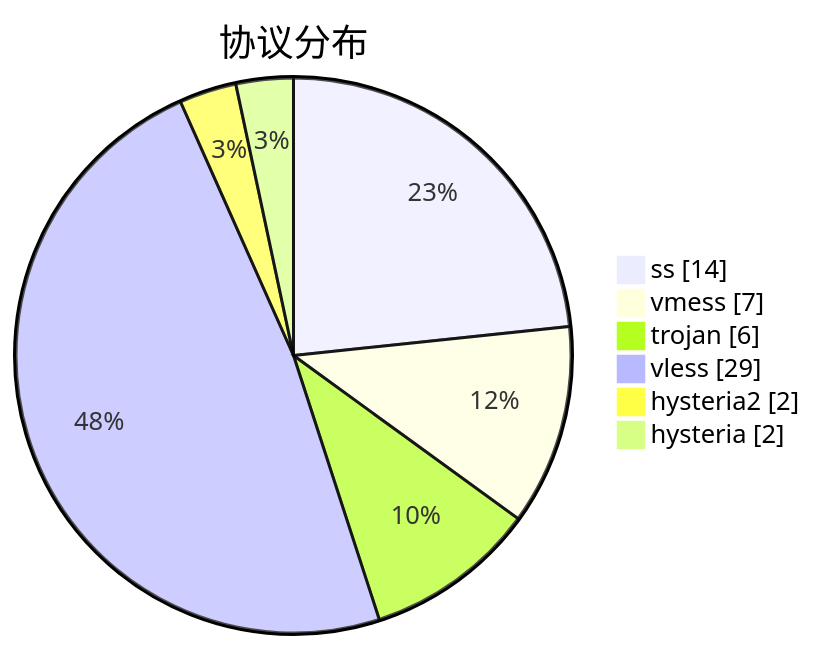
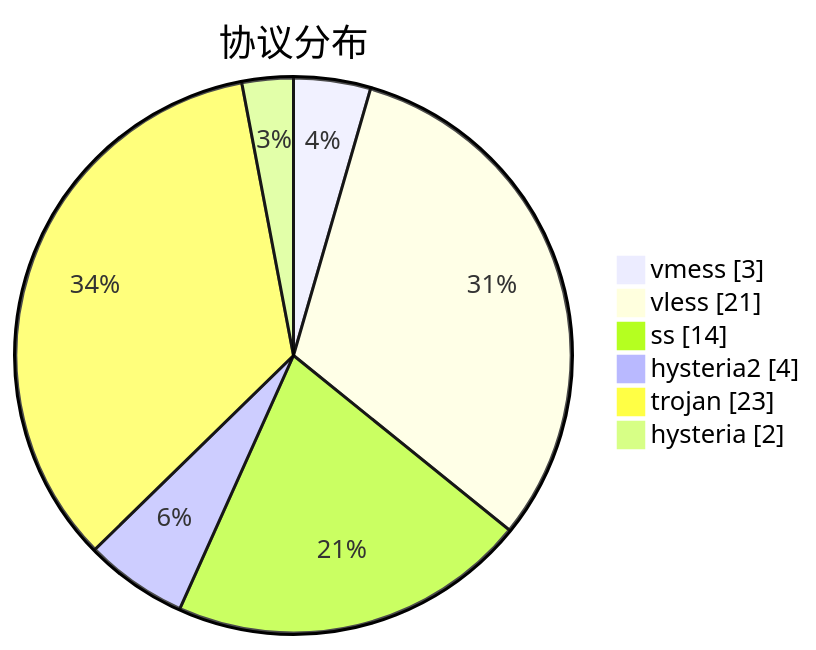
Before and after one commit to sinspired/airport: the third of 3 diagrams in subs/statistics/tested_within.md, drawn with Mermaid. The commit also changed other lines of this file and 2 other files, not shown here.

````diff
--- a/subs/statistics/tested_within.md
+++ b/subs/statistics/tested_within.md
@@ -27,10 +28,10 @@
 ```mermaid
 pie showData
 title 协议分布
+"vmess" : 3
+"vless" : 21
 "ss" : 14
-"vmess" : 7
-"trojan" : 6
-"vless" : 29
-"hysteria2" : 2
+"hysteria2" : 4
+"trojan" : 23
 "hysteria" : 2
 ```
````
